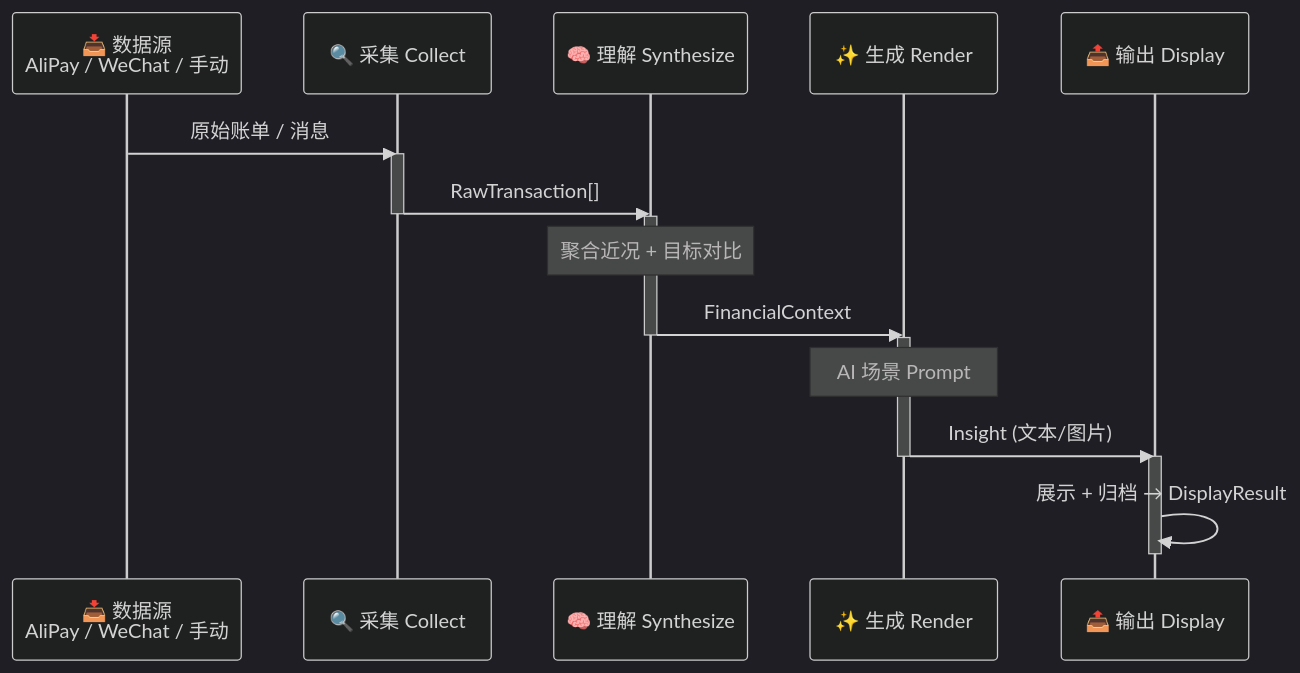
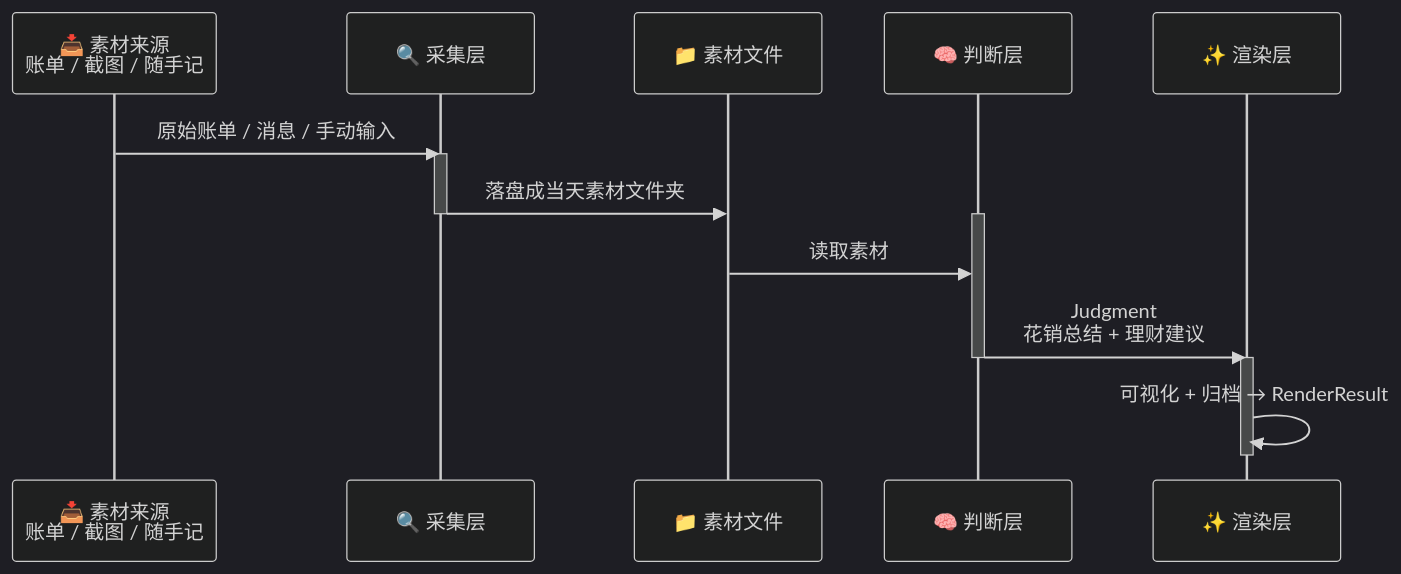
One commit to Nanaqiay001/StepLedger changed the diagram in docs/rfc.md. Above: the diagram before and after it, drawn with Mermaid (dark theme). The commit also changed other lines of this file and 8 other files, not shown here.

````diff
--- a/docs/rfc.md
+++ b/docs/rfc.md
@@ -7,24 +7,20 @@
 ```mermaid
 sequenceDiagram
-    participant DS as 📥 数据源<br/>AliPay / WeChat / 手动
-    participant C as 🔍 采集 Collect
-    participant S as 🧠 理解 Synthesize
-    participant R as ✨ 生成 Render
-    participant D as 📤 输出 Display
+    participant DS as 📥 素材来源<br/>账单 / 截图 / 随手记
+    participant C as 🔍 采集层
+    participant M as 📁 素材文件
+    participant J as 🧠 判断层
+    participant R as ✨ 渲染层
 
-    DS->>C: 原始账单 / 消息
+    DS->>C: 原始账单 / 消息 / 手动输入
     activate C
-    C->>S: RawTransaction[]
+    C->>M: 落盘成当天素材文件夹
     deactivate C
-    activate S
-    Note over S: 聚合近况 + 目标对比
-    S->>R: FinancialContext
-    deactivate S
+    activate J
+    M->>J: 读取素材
+    J->>R: Judgment<br/>花销总结 + 理财建议
+    deactivate J
     activate R
-    Note over R: AI 场景 Prompt
-    R->>D: Insight (文本/图片)
+    R->>R: 可视化 + 归档 → RenderResult
     deactivate R
-    activate D
-    D->>D: 展示 + 归档 → DisplayResult
-    deactivate D
 ```
````
